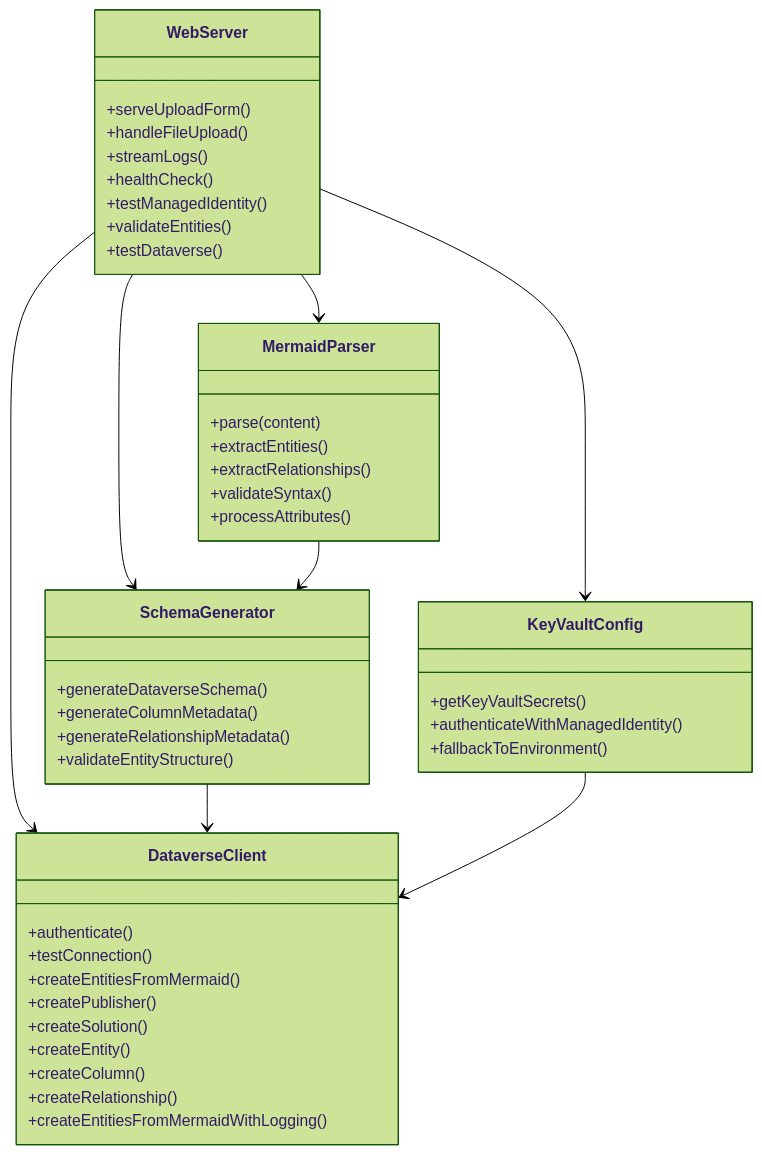
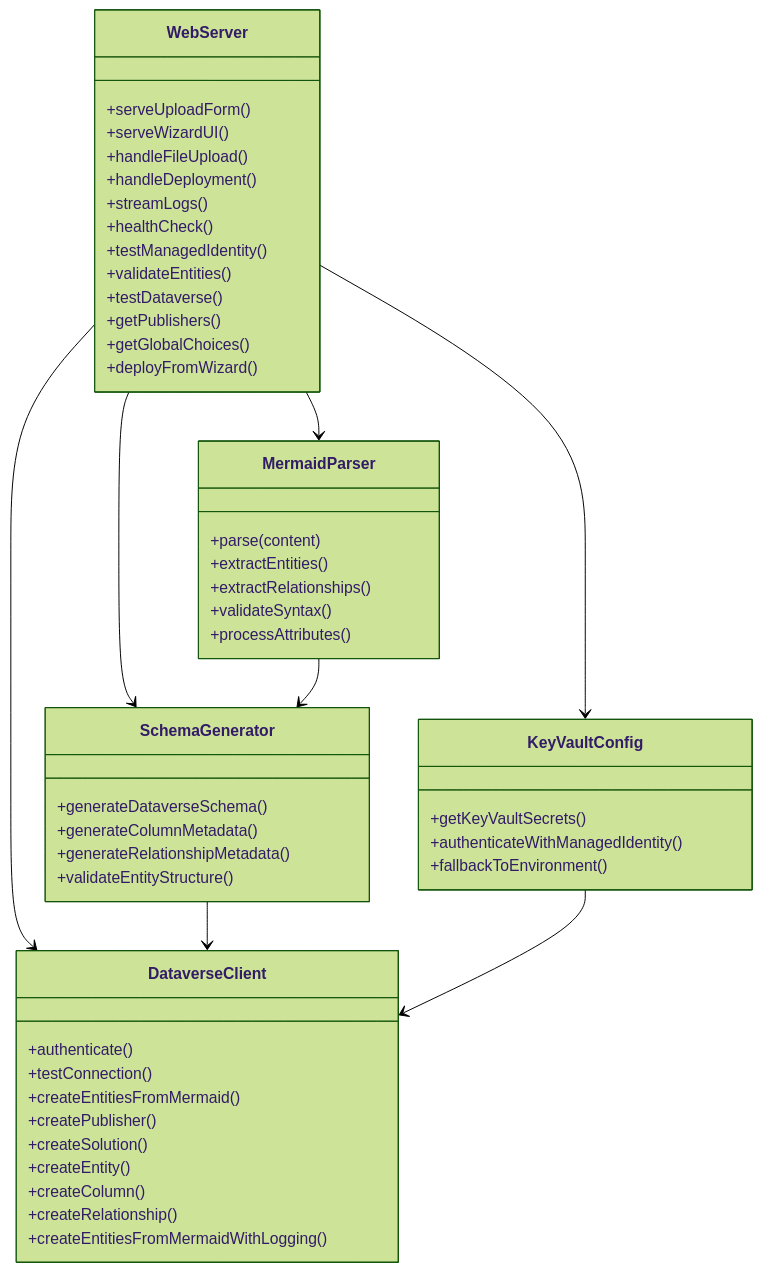
The second of 11 diagrams in docs/DEVELOPER.md (LuiseFreese/mermaid), drawn with Mermaid (forest theme) before and after one commit. The commit also changed other lines of this file and 33 other files, not shown here.

````diff
--- a/docs/DEVELOPER.md
+++ b/docs/DEVELOPER.md
@@ -89,53 +102,58 @@
 ```mermaid
 classDiagram
     class WebServer {
         +serveUploadForm()
+        +serveWizardUI()
         +handleFileUpload()
+        +handleDeployment()
         +streamLogs()
         +healthCheck()
         +testManagedIdentity()
         +validateEntities()
         +testDataverse()
+        +getPublishers()
+        +getGlobalChoices()
+        +deployFromWizard()
     }
     
     class MermaidParser {
         +parse(content)
         +extractEntities()
         +extractRelationships()
         +validateSyntax()
         +processAttributes()
     }
     
     class DataverseClient {
         +authenticate()
         +testConnection()
         +createEntitiesFromMermaid()
         +createPublisher()
         +createSolution()
         +createEntity()
         +createColumn()
         +createRelationship()
         +createEntitiesFromMermaidWithLogging()
     }
     
     class KeyVaultConfig {
         +getKeyVaultSecrets()
         +authenticateWithManagedIdentity()
         +fallbackToEnvironment()
     }
     
     class SchemaGenerator {
         +generateDataverseSchema()
         +generateColumnMetadata()
         +generateRelationshipMetadata()
         +validateEntityStructure()
     }
     
     WebServer --> MermaidParser
     WebServer --> DataverseClient
     WebServer --> KeyVaultConfig
     WebServer --> SchemaGenerator
     MermaidParser --> SchemaGenerator
     SchemaGenerator --> DataverseClient
     KeyVaultConfig --> DataverseClient
 ```
````
